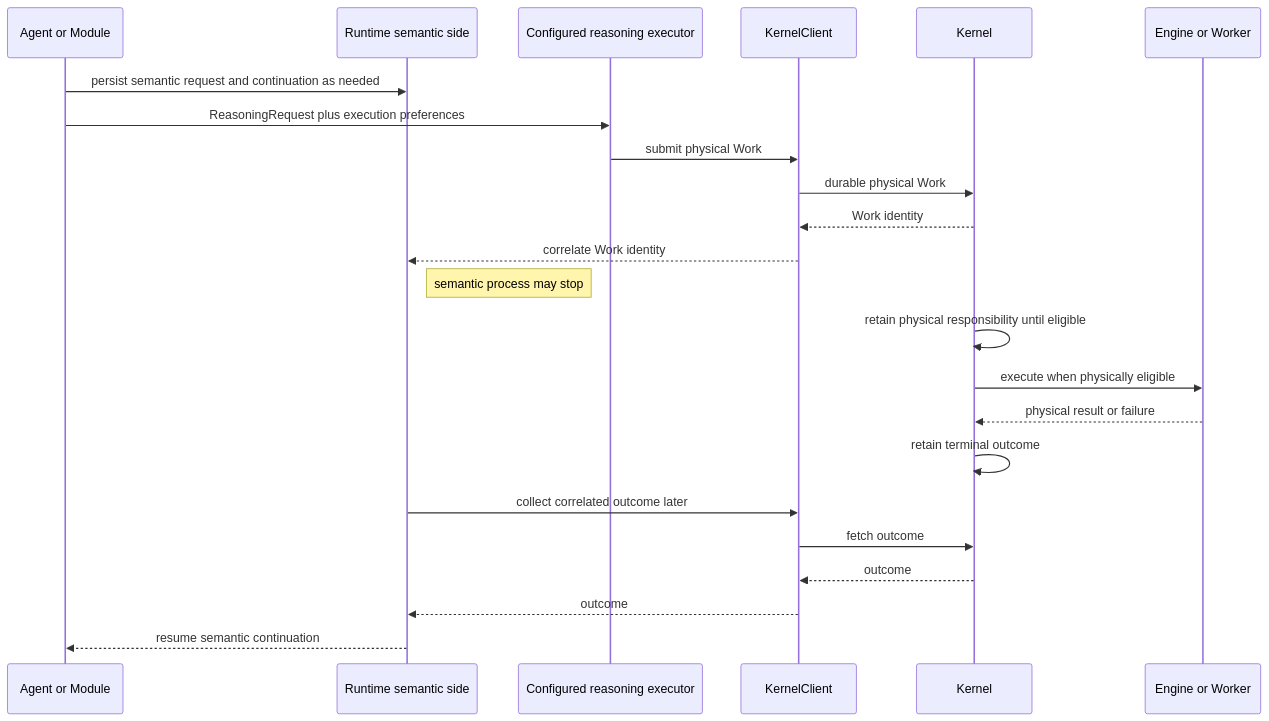
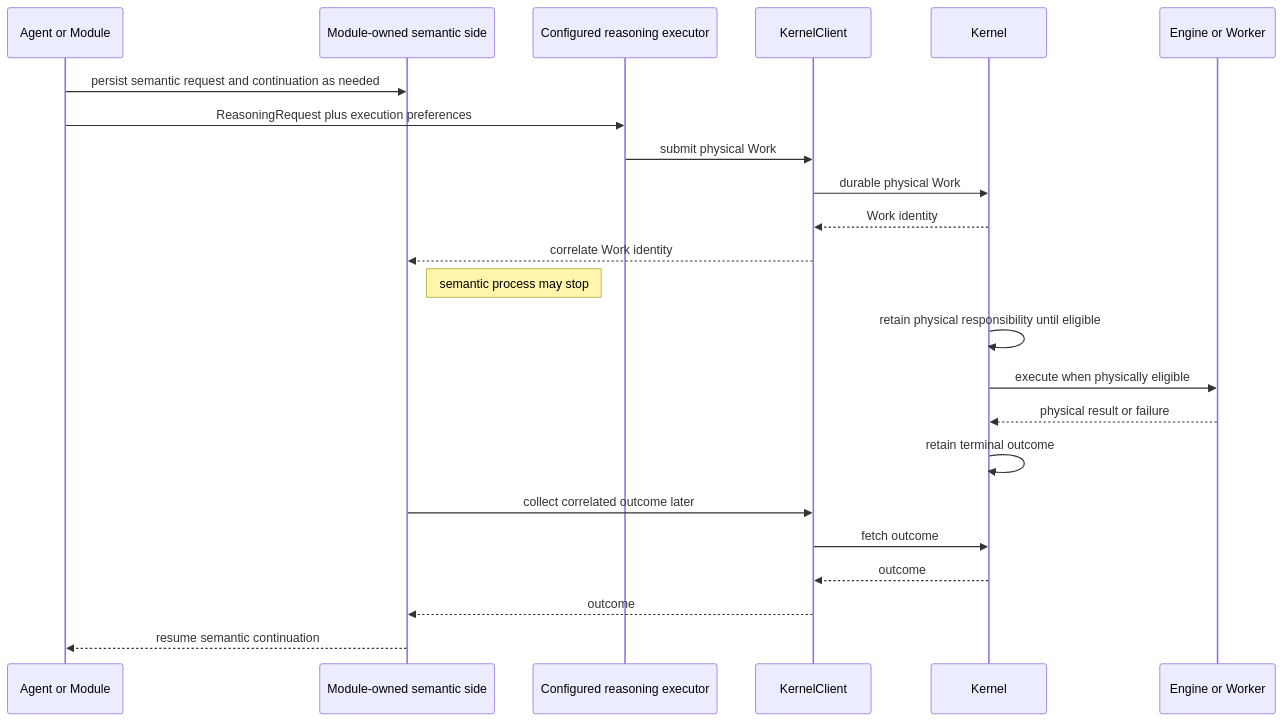
One commit to DidacLL/MADRE changed the tenth of 12 diagrams in docs/architecture/mid-level-architecture.md. Above: the diagram before and after it, drawn with Mermaid. The commit also changed other lines of this file and 14 other files, not shown here.

Commit message:
Keep Runtime to Module launcher and MADRE loop

````diff
--- a/docs/architecture/mid-level-architecture.md
+++ b/docs/architecture/mid-level-architecture.md
@@ -410,26 +393,26 @@
 ```mermaid
 sequenceDiagram
     participant A as Agent or Module
-    participant R as Runtime semantic side
+    participant M as Module-owned semantic side
     participant X as Configured reasoning executor
     participant C as KernelClient
     participant K as Kernel
     participant E as Engine or Worker
 
-    A->>R: persist semantic request and continuation as needed
+    A->>M: persist semantic request and continuation as needed
     A->>X: ReasoningRequest plus execution preferences
     X->>C: submit physical Work
     C->>K: durable physical Work
     K-->>C: Work identity
-    C-->>R: correlate Work identity
-    Note right of R: semantic process may stop
+    C-->>M: correlate Work identity
+    Note right of M: semantic process may stop
     K->>K: retain physical responsibility until eligible
     K->>E: execute when physically eligible
     E-->>K: physical result or failure
     K->>K: retain terminal outcome
-    R->>C: collect correlated outcome later
+    M->>C: collect correlated outcome later
     C->>K: fetch outcome
     K-->>C: outcome
-    C-->>R: outcome
-    R-->>A: resume semantic continuation
+    C-->>M: outcome
+    M-->>A: resume semantic continuation
 ```
````
